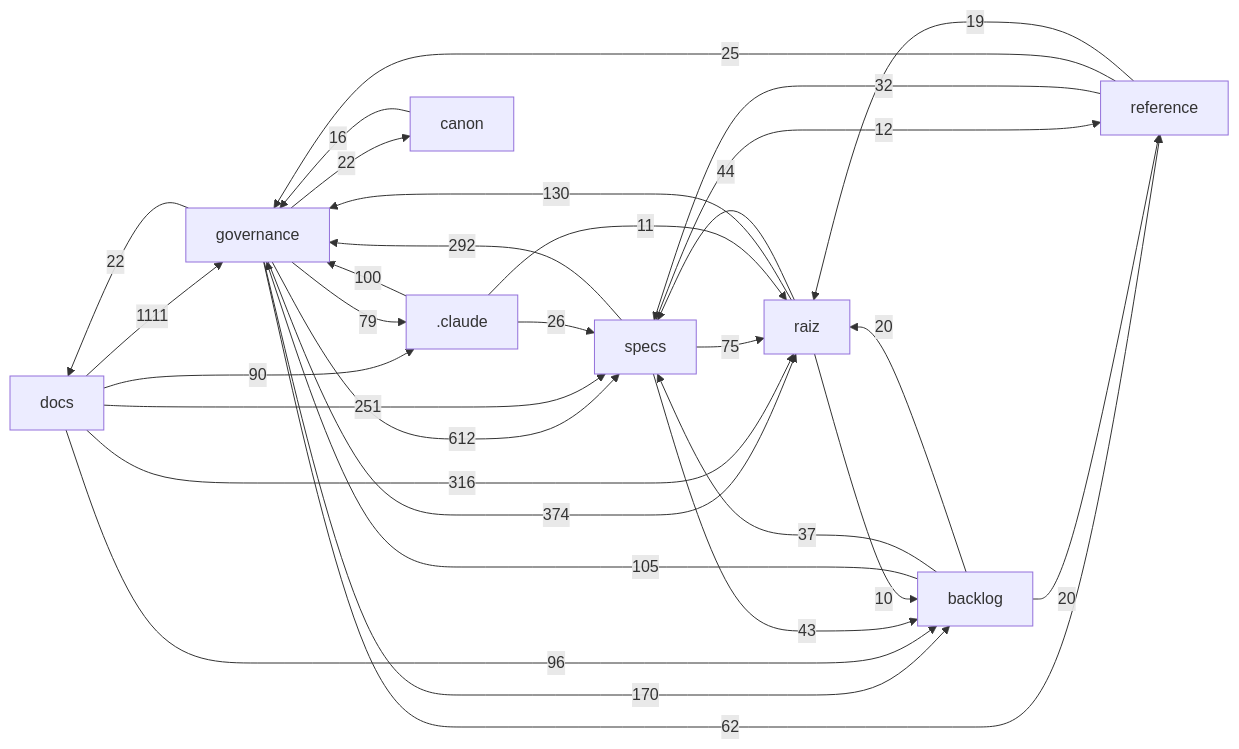
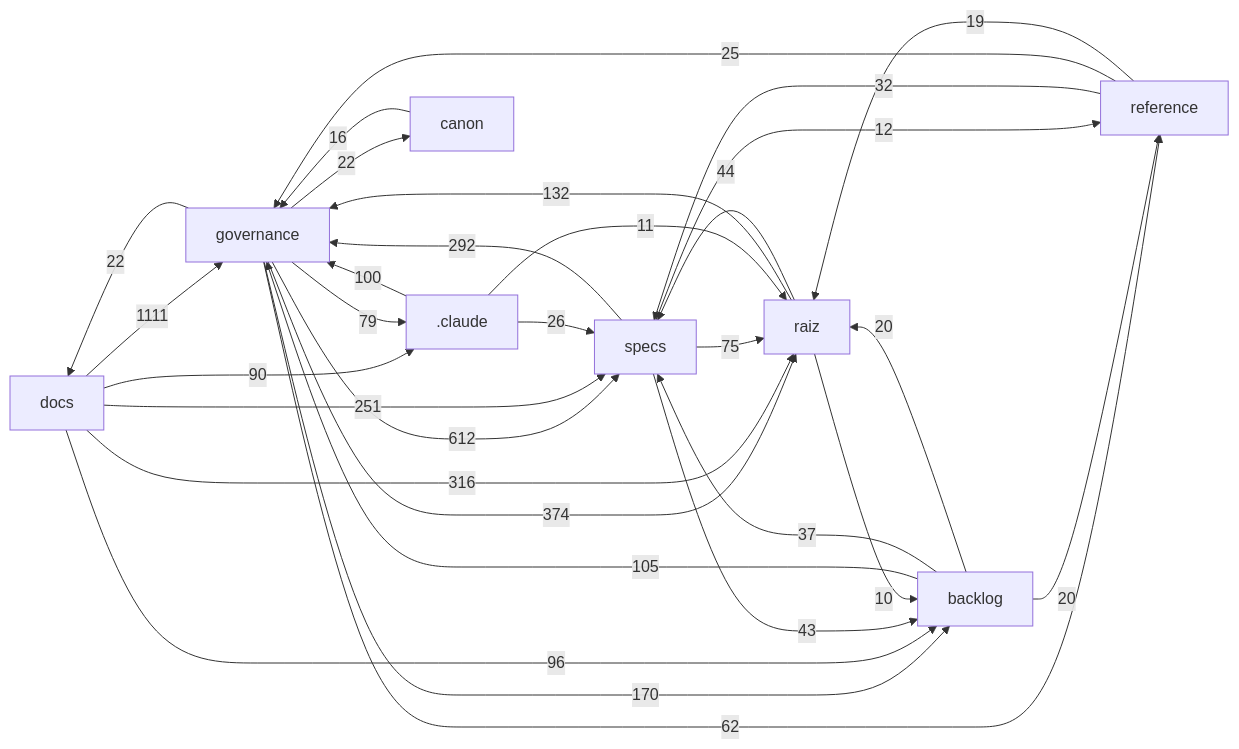
The diagram in docs/mapa/MAPA-PROJETO.md (Andraus35/Sistema-Operacional-de-Trading--SOT), drawn with Mermaid before and after one commit. The commit also changed other lines of this file and 3 other files, not shown here.

````diff
--- a/docs/mapa/MAPA-PROJETO.md
+++ b/docs/mapa/MAPA-PROJETO.md
@@ -29,33 +29,33 @@
 ```mermaid
 flowchart LR
   docs["docs"] -->|1111| governance["governance"]
   governance["governance"] -->|612| specs["specs"]
   governance["governance"] -->|374| raiz["raiz"]
   docs["docs"] -->|316| raiz["raiz"]
   specs["specs"] -->|292| governance["governance"]
   docs["docs"] -->|251| specs["specs"]
   governance["governance"] -->|170| backlog["backlog"]
-  raiz["raiz"] -->|130| governance["governance"]
+  raiz["raiz"] -->|132| governance["governance"]
   backlog["backlog"] -->|105| governance["governance"]
   _claude[".claude"] -->|100| governance["governance"]
   docs["docs"] -->|96| backlog["backlog"]
   docs["docs"] -->|90| _claude[".claude"]
   governance["governance"] -->|79| _claude[".claude"]
   specs["specs"] -->|75| raiz["raiz"]
   governance["governance"] -->|62| reference["reference"]
   raiz["raiz"] -->|44| specs["specs"]
   specs["specs"] -->|43| backlog["backlog"]
   backlog["backlog"] -->|37| specs["specs"]
   reference["reference"] -->|32| specs["specs"]
   _claude[".claude"] -->|26| specs["specs"]
   reference["reference"] -->|25| governance["governance"]
   governance["governance"] -->|22| docs["docs"]
   governance["governance"] -->|22| canon["canon"]
   backlog["backlog"] -->|20| raiz["raiz"]
   backlog["backlog"] -->|20| reference["reference"]
   reference["reference"] -->|19| raiz["raiz"]
   canon["canon"] -->|16| governance["governance"]
   specs["specs"] -->|12| reference["reference"]
   _claude[".claude"] -->|11| raiz["raiz"]
   raiz["raiz"] -->|10| backlog["backlog"]
 ```
````
